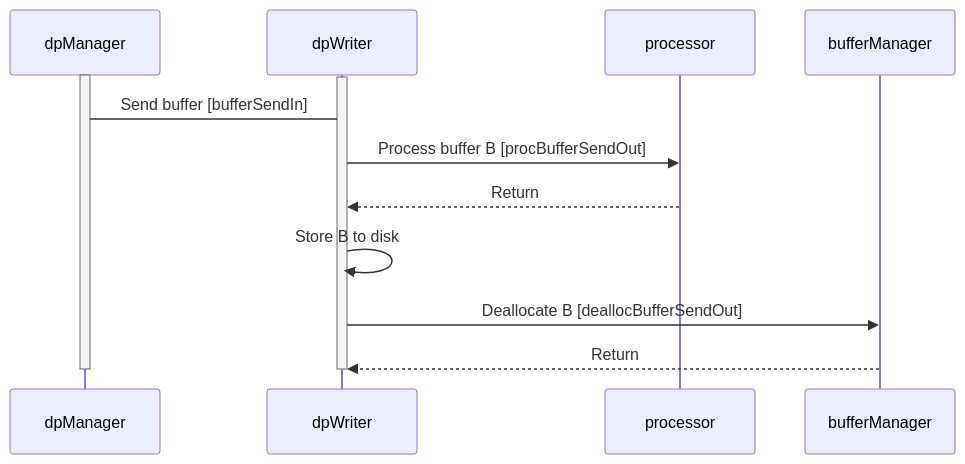
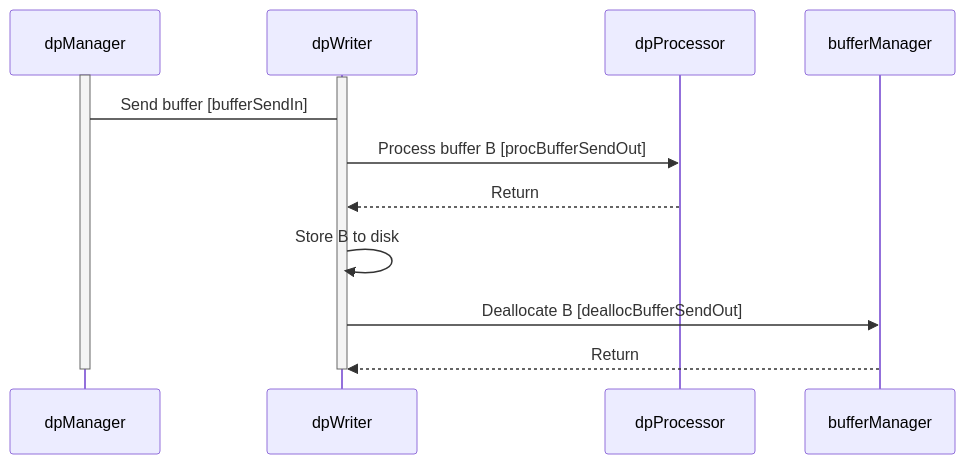
Before and after one commit to bocchino/fprime: the diagram in Svc/DpWriter/docs/sdd.md, drawn with Mermaid. The commit also changed other lines of this file and 2 other files, not shown here.

Commit message:
Revise DpWriter SDD

````diff
--- a/Svc/DpWriter/docs/sdd.md
+++ b/Svc/DpWriter/docs/sdd.md
@@ -170,13 +170,13 @@
 ```mermaid
 sequenceDiagram
     activate dpManager
     activate dpWriter
     dpManager->dpWriter: Send buffer [bufferSendIn]
-    dpWriter->>processor: Process buffer B [procBufferSendOut]
-    processor-->>dpWriter: Return
+    dpWriter->>dpProcessor: Process buffer B [procBufferSendOut]
+    dpProcessor-->>dpWriter: Return
     dpWriter->>dpWriter: Store B to disk
     dpWriter->>bufferManager: Deallocate B [deallocBufferSendOut]
     bufferManager-->>dpWriter: Return
     deactivate dpWriter
     deactivate dpManager
 ```
````
